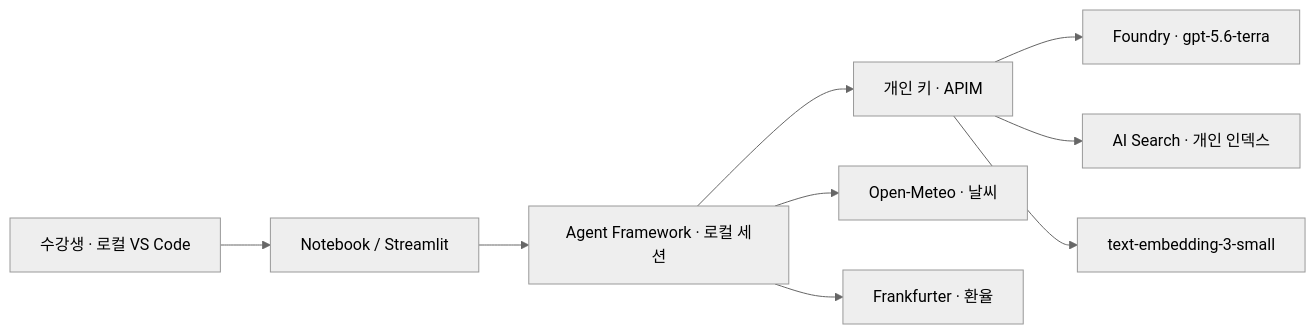
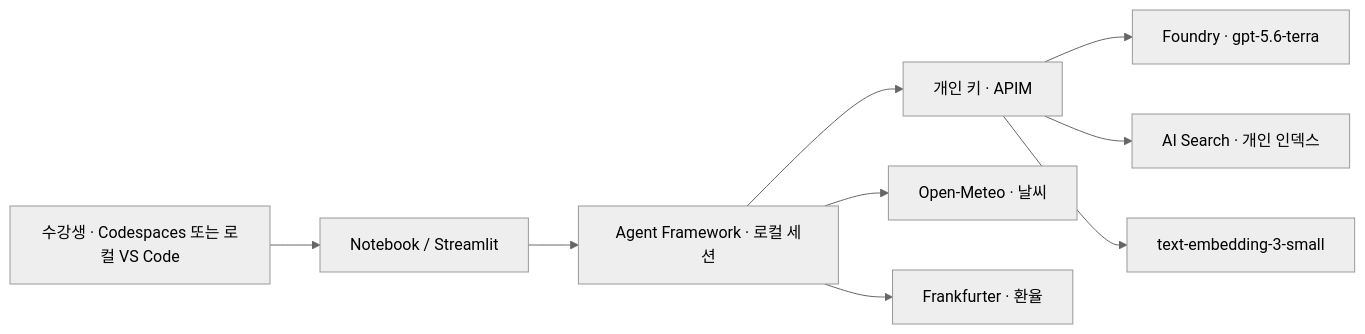
Before and after one commit to YOONPYOGitHub/azure-agent-rag-workshop: the diagram in README.md, drawn with Mermaid (neutral theme). The commit also changed other lines of this file and 28 other files, not shown here.

````diff
--- a/README.md
+++ b/README.md
@@ -7,11 +7,11 @@
 ```mermaid
 flowchart LR
-  User[수강생 · 로컬 VS Code] --> App[Notebook / Streamlit]
+  User[수강생 · Codespaces 또는 로컬 VS Code] --> App[Notebook / Streamlit]
   App --> Agent[Agent Framework · 로컬 세션]
   Agent --> Gateway[개인 키 · APIM]
   Gateway --> Model[Foundry · gpt-5.6-terra]
   Gateway --> Search[AI Search · 개인 인덱스]
   Gateway --> Embed[text-embedding-3-small]
   Agent --> Weather[Open-Meteo · 날씨]
   Agent --> FX[Frankfurter · 환율]
 ```
````
